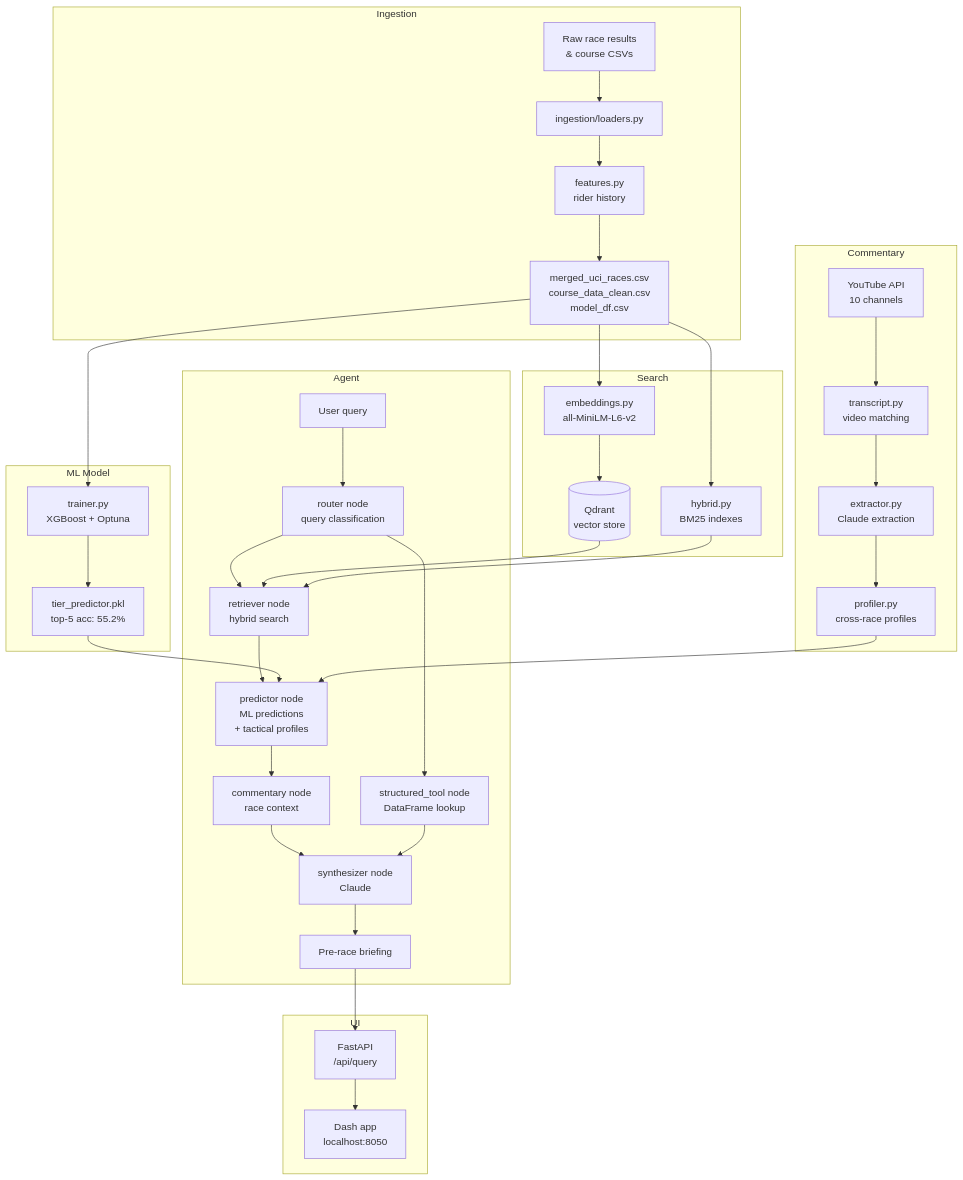
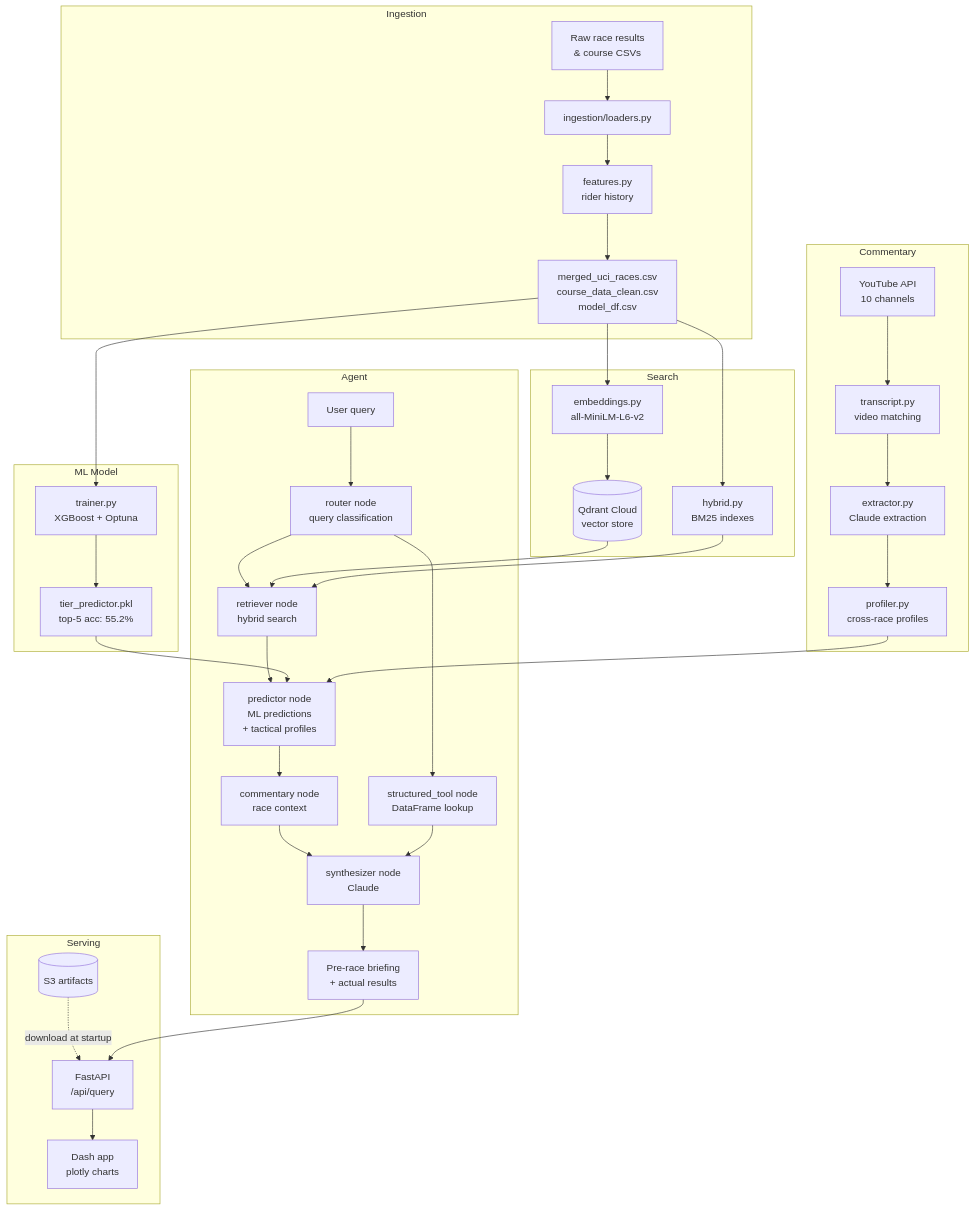
The diagram in README.md (jfarrell8/peloton-iq), drawn with Mermaid before and after one commit. The commit also changed other lines of this file, not shown here.

````diff
--- a/README.md
+++ b/README.md
@@ -13,47 +59,48 @@
 ```mermaid
 flowchart TD
     subgraph Ingestion
         A[Raw race results\n& course CSVs] --> B[ingestion/loaders.py]
         B --> C[features.py\nrider history]
         C --> D[merged_uci_races.csv\ncourse_data_clean.csv\nmodel_df.csv]
     end
 
     subgraph Commentary
         E[YouTube API\n10 channels] --> F[transcript.py\nvideo matching]
         F --> G[extractor.py\nClaude extraction]
         G --> H[profiler.py\ncross-race profiles]
     end
 
     subgraph Search
         D --> I[embeddings.py\nall-MiniLM-L6-v2]
-        I --> J[(Qdrant\nvector store)]
+        I --> J[(Qdrant Cloud\nvector store)]
         D --> K[hybrid.py\nBM25 indexes]
     end
 
     subgraph ML Model
         D --> L[trainer.py\nXGBoost + Optuna]
         L --> M[tier_predictor.pkl\ntop-5 acc: 55.2%]
     end
 
     subgraph Agent
         N[User query] --> O[router node\nquery classification]
         O --> P[retriever node\nhybrid search]
         O --> Q[structured_tool node\nDataFrame lookup]
         P --> R[predictor node\nML predictions\n+ tactical profiles]
         R --> S[commentary node\nrace context]
         S --> T[synthesizer node\nClaude]
         Q --> T
-        T --> U[Pre-race briefing]
+        T --> U[Pre-race briefing\n+ actual results]
     end
 
     J --> P
     K --> P
     M --> R
     H --> R
 
-    subgraph UI
-        V[FastAPI\n/api/query] --> W[Dash app\nlocalhost:8050]
+    subgraph Serving
+        V[FastAPI\n/api/query] --> W[Dash app\nplotly charts]
+        X[(S3 artifacts)] -.->|download at startup| V
     end
 
     U --> V
 ```
````
